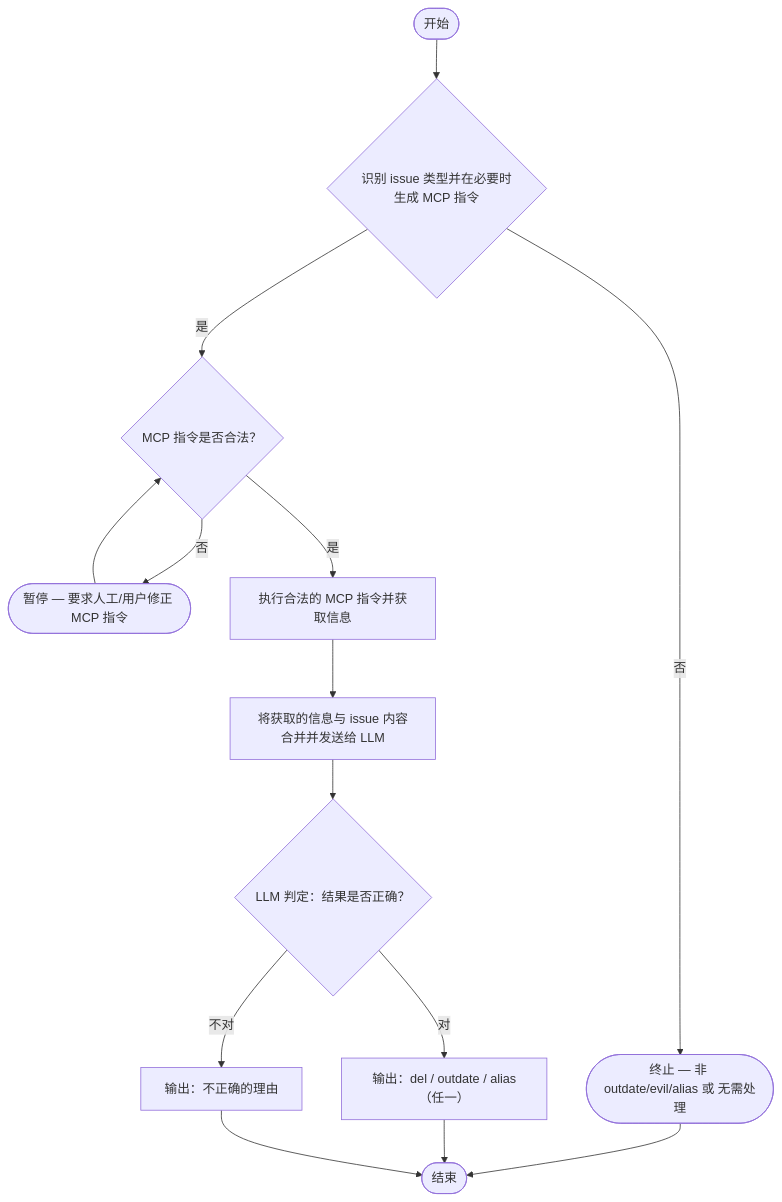
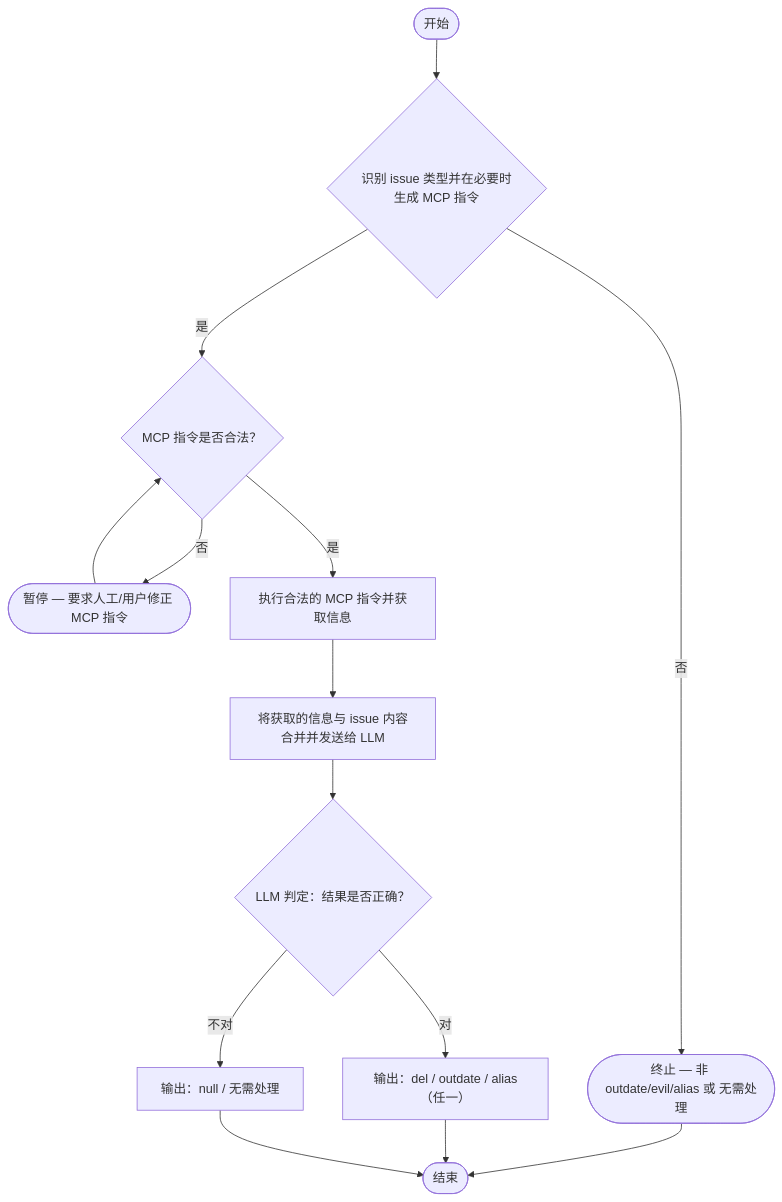
One commit to CollegesChat/issue-auth-tool changed the diagram in README.md. Above: the diagram before and after it, drawn with Mermaid. The commit also changed other lines of this file and 6 other files, not shown here.

````diff
--- a/README.md
+++ b/README.md
@@ -52,25 +52,25 @@
 ```mermaid
 
 
 flowchart TD
   Start([开始])
   DetectAndRequest{识别 issue 类型并在必要时生成 MCP 指令}
   Terminate([终止 — 非 outdate/evil/alias 或 无需处理])
   Validate{MCP 指令是否合法？}
   Pause([暂停 — 要求人工/用户修正 MCP 指令])
   Execute[执行合法的 MCP 指令并获取信息]
   Merge[将获取的信息与 issue 内容合并并发送给 LLM]
   Judge{LLM 判定：结果是否正确？}
   OutputDecision[输出：del / outdate / alias（任一）]
-  OutputReason[输出：不正确的理由]
+  OutputNull[输出：null / 无需处理]
   End([结束])
 
   Start --> DetectAndRequest
   DetectAndRequest -- 否 --> Terminate --> End
   DetectAndRequest -- 是 --> Validate
   Validate -- 否 --> Pause --> Validate
   Validate -- 是 --> Execute --> Merge --> Judge
   Judge -- 对 --> OutputDecision --> End
-  Judge -- 不对 --> OutputReason --> End
+  Judge -- 不对 --> OutputNull --> End
 
 ```
````
